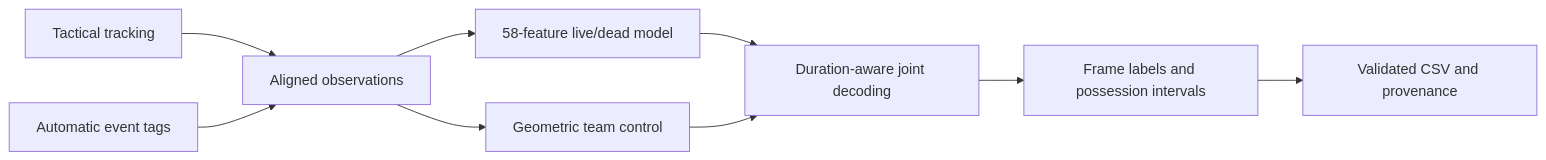
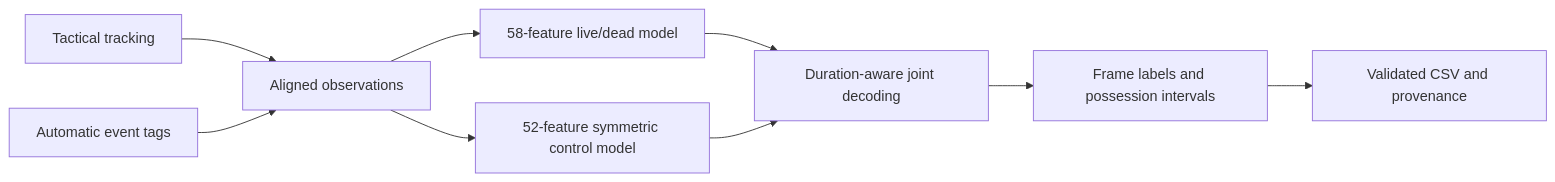
One commit to sumyat7313/xtension-labs-possessionflow changed the diagram in README.md. Above: the diagram before and after it, drawn with Mermaid. The commit also changed other lines of this file and 21 other files, not shown here.

Commit message:
Promote control model after fresh-match gains and exact submission reproduction

````diff
--- a/README.md
+++ b/README.md
@@ -90,11 +97,11 @@
 ```mermaid
 flowchart LR
     A[Tactical tracking] --> C[Aligned observations]
     B[Automatic event tags] --> C
     C --> D[58-feature live/dead model]
-    C --> E[Geometric team control]
+    C --> E[52-feature symmetric control model]
     D --> F[Duration-aware joint decoding]
     E --> F
     F --> G[Frame labels and possession intervals]
     G --> H[Validated CSV and provenance]
 ```
````
